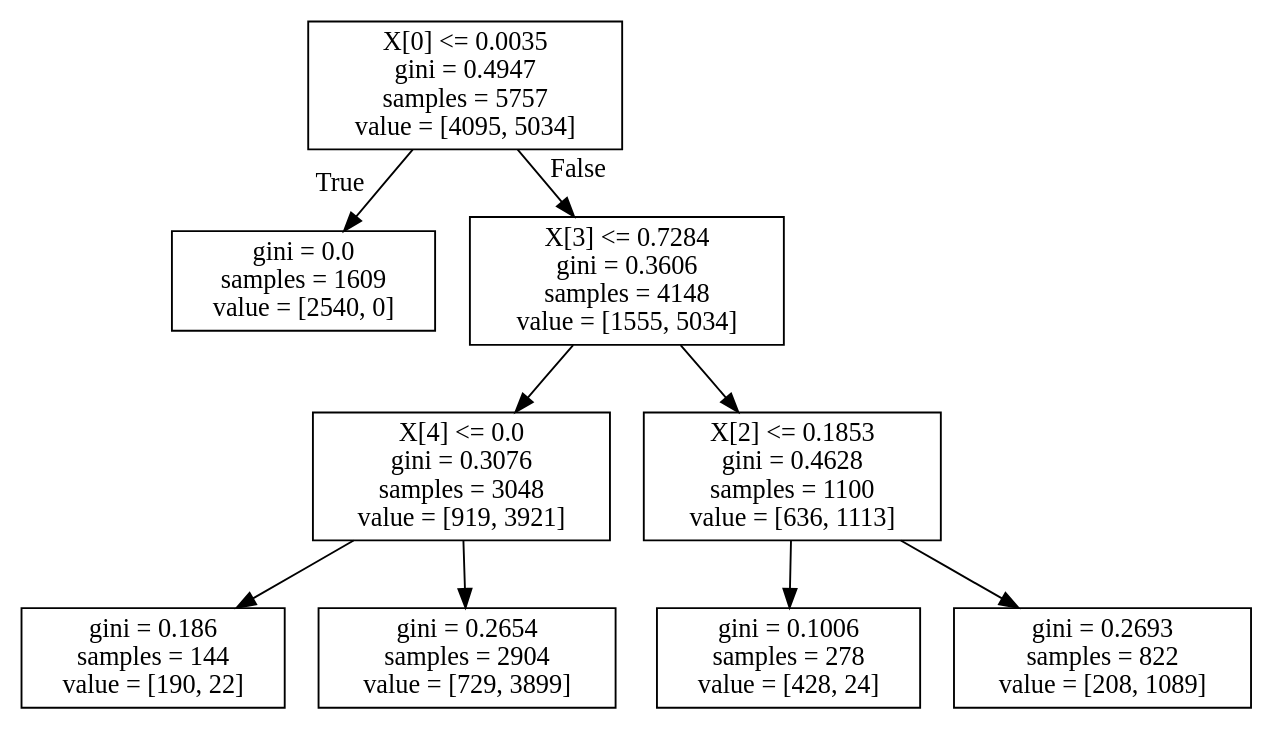
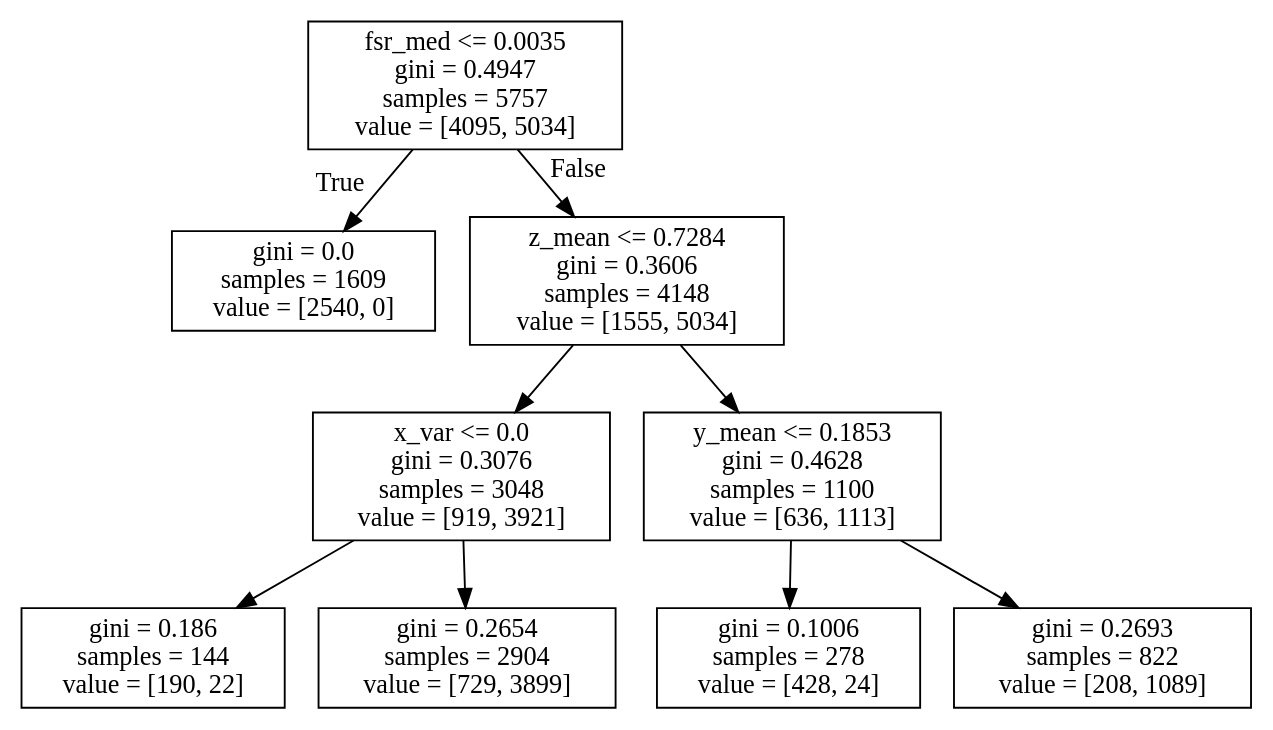
Before and after one commit to dannygosain1/goyo: the diagram in dip/random_forest_renders/tree_0.dot, drawn with Graphviz. The commit also changed 9 other files, not shown here.

```diff
--- a/dip/random_forest_renders/tree_0.dot
+++ b/dip/random_forest_renders/tree_0.dot
@@ -1,20 +1,20 @@
 digraph Tree {
 node [shape=box] ;
-0 [label="X[0] <= 0.0035\ngini = 0.4947\nsamples = 5757\nvalue = [4095, 5034]"] ;
+0 [label="fsr_med <= 0.0035\ngini = 0.4947\nsamples = 5757\nvalue = [4095, 5034]"] ;
 1 [label="gini = 0.0\nsamples = 1609\nvalue = [2540, 0]"] ;
 0 -> 1 [labeldistance=2.5, labelangle=45, headlabel="True"] ;
-2 [label="X[3] <= 0.7284\ngini = 0.3606\nsamples = 4148\nvalue = [1555, 5034]"] ;
+2 [label="z_mean <= 0.7284\ngini = 0.3606\nsamples = 4148\nvalue = [1555, 5034]"] ;
 0 -> 2 [labeldistance=2.5, labelangle=-45, headlabel="False"] ;
-3 [label="X[4] <= 0.0\ngini = 0.3076\nsamples = 3048\nvalue = [919, 3921]"] ;
+3 [label="x_var <= 0.0\ngini = 0.3076\nsamples = 3048\nvalue = [919, 3921]"] ;
 2 -> 3 ;
 4 [label="gini = 0.186\nsamples = 144\nvalue = [190, 22]"] ;
 3 -> 4 ;
 5 [label="gini = 0.2654\nsamples = 2904\nvalue = [729, 3899]"] ;
 3 -> 5 ;
-6 [label="X[2] <= 0.1853\ngini = 0.4628\nsamples = 1100\nvalue = [636, 1113]"] ;
+6 [label="y_mean <= 0.1853\ngini = 0.4628\nsamples = 1100\nvalue = [636, 1113]"] ;
 2 -> 6 ;
 7 [label="gini = 0.1006\nsamples = 278\nvalue = [428, 24]"] ;
 6 -> 7 ;
 8 [label="gini = 0.2693\nsamples = 822\nvalue = [208, 1089]"] ;
 6 -> 8 ;
 }
```
